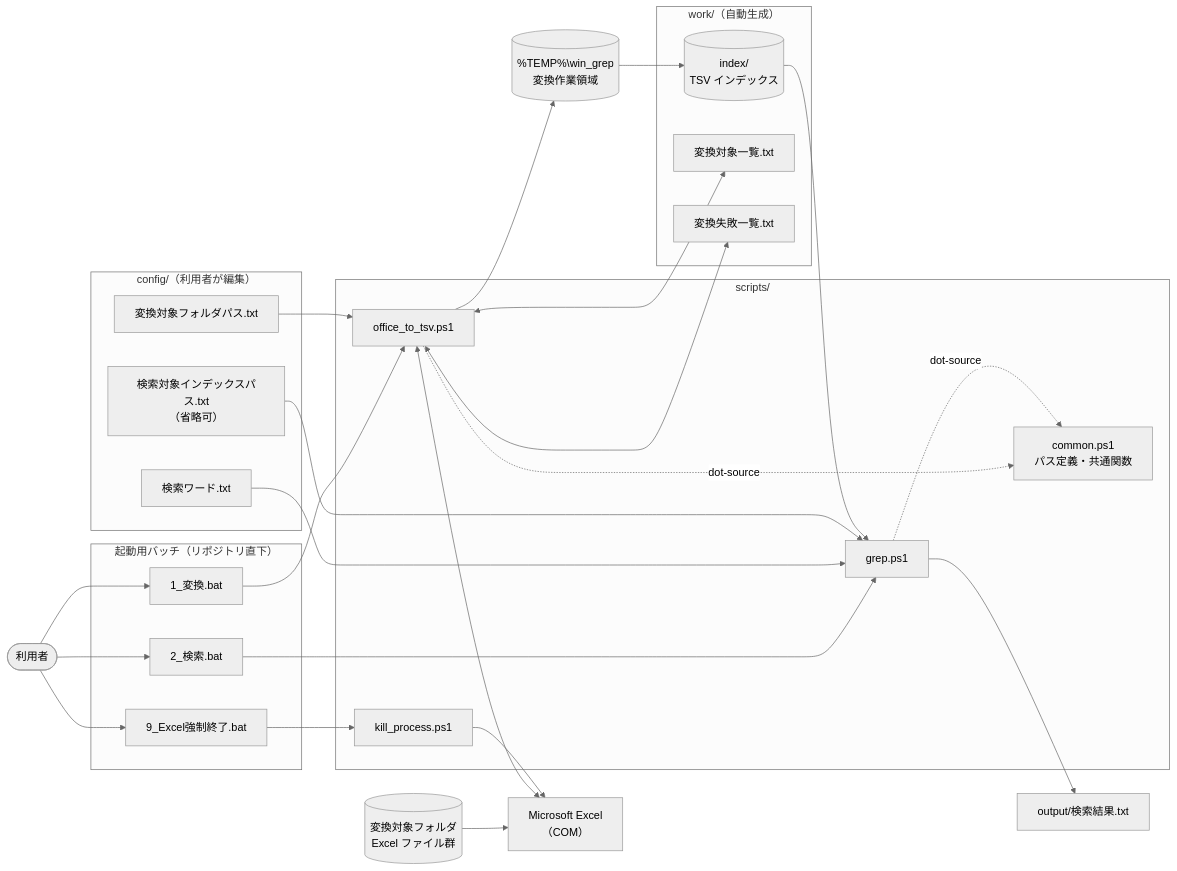
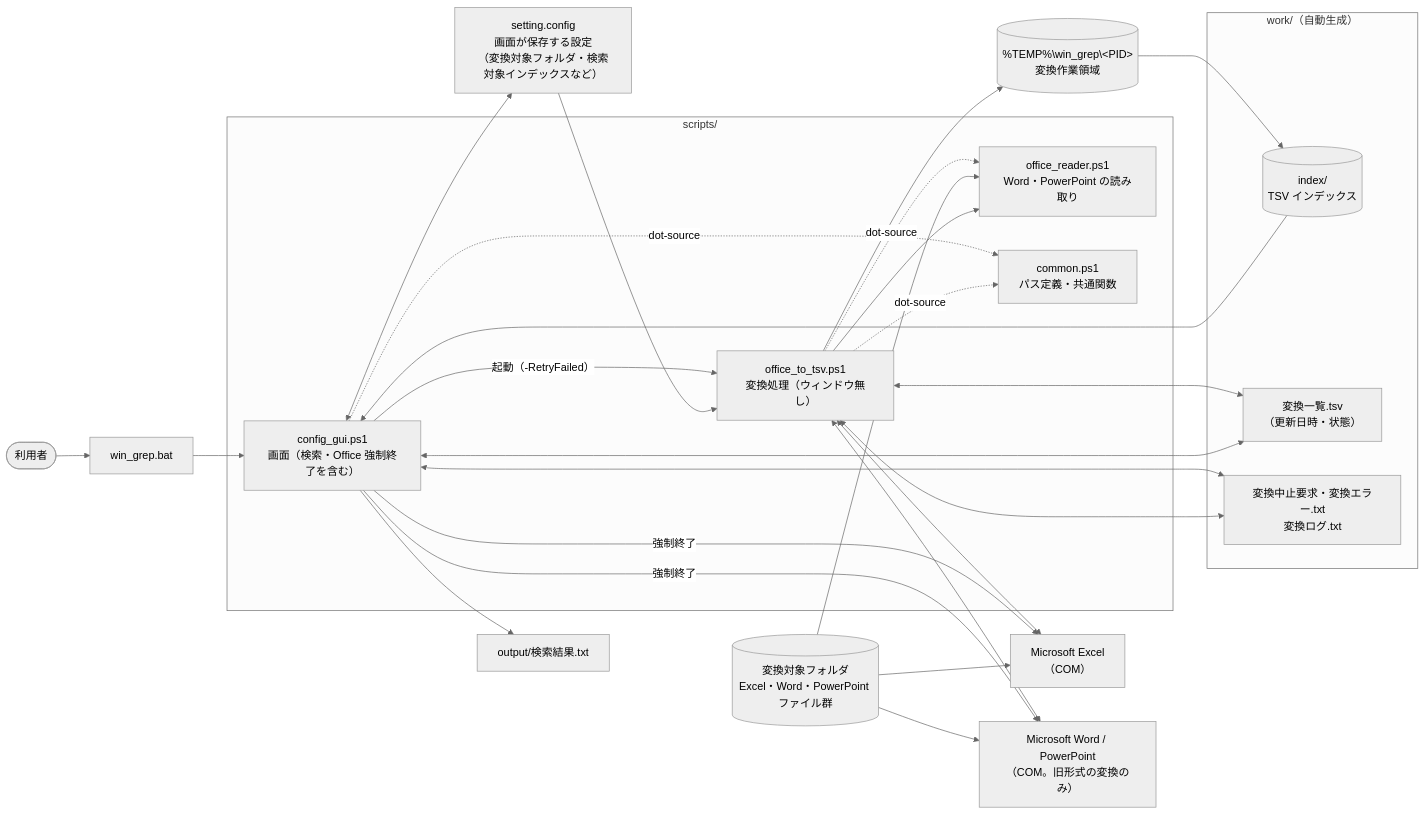
One commit to hsgwa/tebunko changed the first of 2 diagrams in docs/00_index.md. Above: the diagram before and after it, drawn with Mermaid (neutral theme). The commit also changed other lines of this file and 28 other files, not shown here.

````diff
--- a/docs/00_index.md
+++ b/docs/00_index.md
@@ -39,51 +71,48 @@
 ```mermaid
 flowchart LR
     user(["利用者"])
 
-    subgraph bat["起動用バッチ（リポジトリ直下）"]
-        b1["1_変換.bat"]
-        b2["2_検索.bat"]
-        b9["9_Excel強制終了.bat"]
-    end
+    bat["win_grep.bat"]
 
     subgraph scripts["scripts/"]
-        conv["office_to_tsv.ps1"]
-        grep["grep.ps1"]
-        kill["kill_process.ps1"]
+        gui["config_gui.ps1<br>画面（検索・Office 強制終了を含む）"]
+        conv["office_to_tsv.ps1<br>変換処理（ウィンドウ無し）"]
+        reader["office_reader.ps1<br>Word・PowerPoint の読み取り"]
         common["common.ps1<br>パス定義・共通関数"]
     end
 
-    subgraph config["config/（利用者が編集）"]
-        c1["変換対象フォルダパス.txt"]
-        c2["検索ワード.txt"]
-        c3["検索対象インデックスパス.txt<br>（省略可）"]
-    end
+    c1["setting.config<br>画面が保存する設定<br>（変換対象フォルダ・検索対象インデックスなど）"]
 
     subgraph work["work/（自動生成）"]
         idx[("index/<br>TSV インデックス")]
-        list["変換対象一覧.txt"]
-        err["変換失敗一覧.txt"]
+        status["変換一覧.tsv<br>（更新日時・状態）"]
+        ctl["変換中止要求・変換エラー.txt<br>変換ログ.txt"]
     end
 
-    tmp[("%TEMP%\win_grep<br>変換作業領域")]
-    src[("変換対象フォルダ<br>Excel ファイル群")]
+    tmp[("%TEMP%\win_grep\#lt;PID#gt;<br>変換作業領域")]
+    src[("変換対象フォルダ<br>Excel・Word・PowerPoint ファイル群")]
     excel["Microsoft Excel<br>（COM）"]
+    office["Microsoft Word / PowerPoint<br>（COM。旧形式の変換のみ）"]
     out["output/検索結果.txt"]
 
-    user --> b1 & b2 & b9
-    b1 --> conv
-    b2 --> grep
-    b9 --> kill
+    user --> bat --> gui
+    gui -- "起動（-RetryFailed）" --> conv
+    gui -. "dot-source" .-> common
     conv -. "dot-source" .-> common
-    grep -. "dot-source" .-> common
+    conv -. "dot-source" .-> reader
 
+    gui <--> c1
     c1 --> conv
-    src --> excel
+    src --> excel & office & reader
     conv <--> excel
-    conv <--> list & err
+    conv <--> office
+    conv --> reader
+    conv <--> status
+    gui <--> status & ctl
+    conv <--> ctl
     conv --> tmp --> idx
 
-    c2 & c3 --> grep
-    idx --> grep --> out
-    kill --> excel
+    idx --> gui
+    gui --> out
+    gui -- "強制終了" --> excel & office
 ```
````
